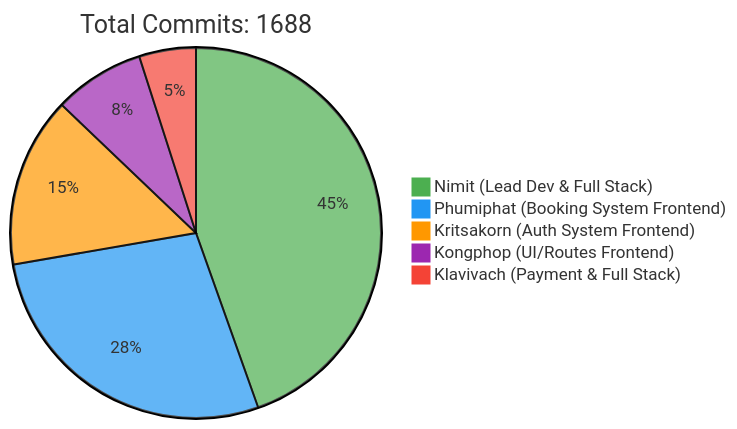
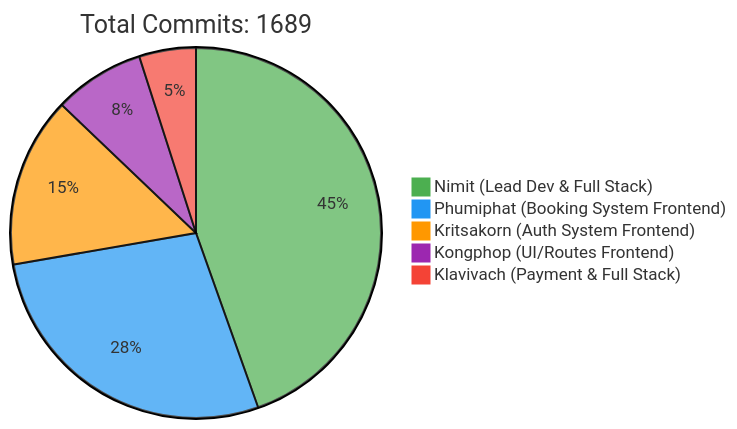
Before and after one commit to 6531503042/Sport-Complex: the first of 2 diagrams in README.md, drawn with Mermaid. The commit also changed other lines of this file, not shown here.

Commit message:
docs: Update contributor statistics [skip ci]

````diff
--- a/README.md
+++ b/README.md
@@ -257,10 +257,10 @@
 ```mermaid
 %%{init: {'theme': 'base', 'themeVariables': { 'pie1': '#4CAF50', 'pie2': '#2196F3', 'pie3': '#FF9800', 'pie4': '#9C27B0', 'pie5': '#F44336'}}}%%
 pie
-    title Total Commits: 1688
+    title Total Commits: 1689
     "Nimit (Lead Dev & Full Stack)" : 450
     "Phumiphat (Booking System Frontend)" : 280
     "Kritsakorn (Auth System Frontend)" : 150
     "Kongphop (UI/Routes Frontend)" : 80
     "Klavivach (Payment & Full Stack)" : 50
 ```
````
